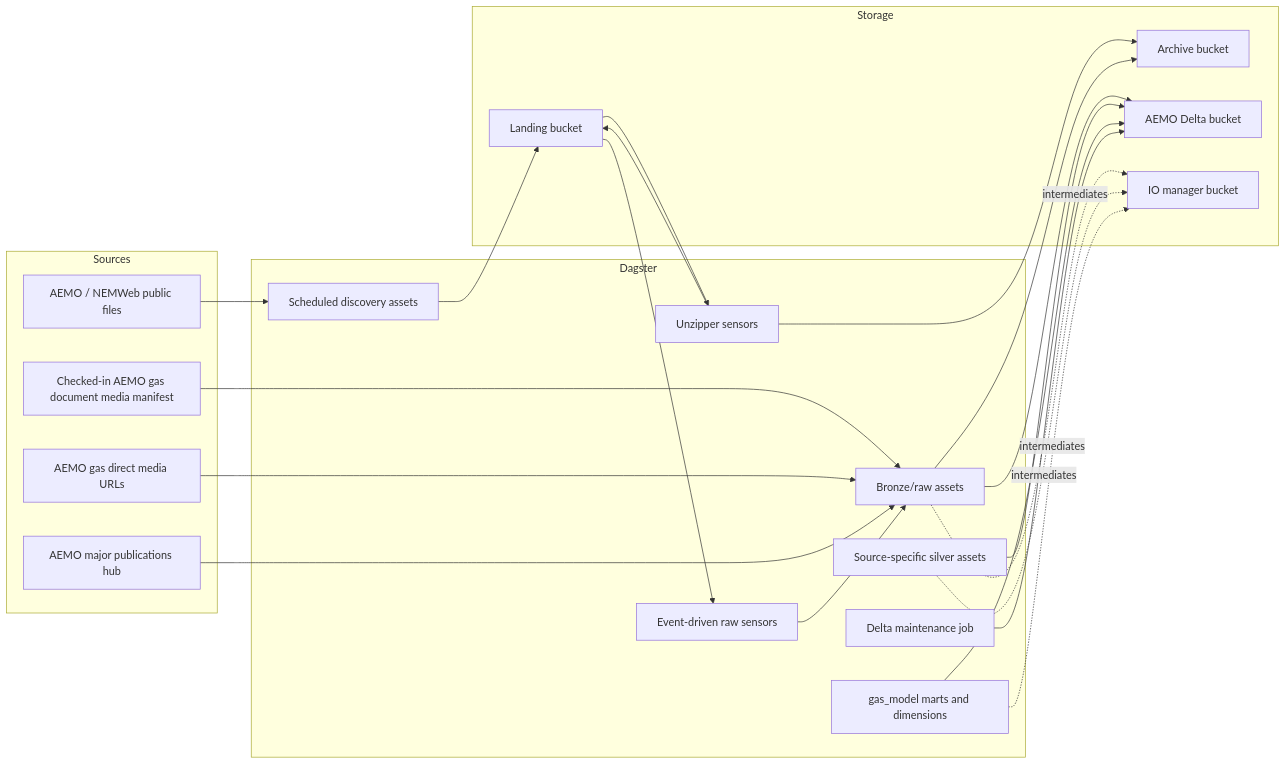
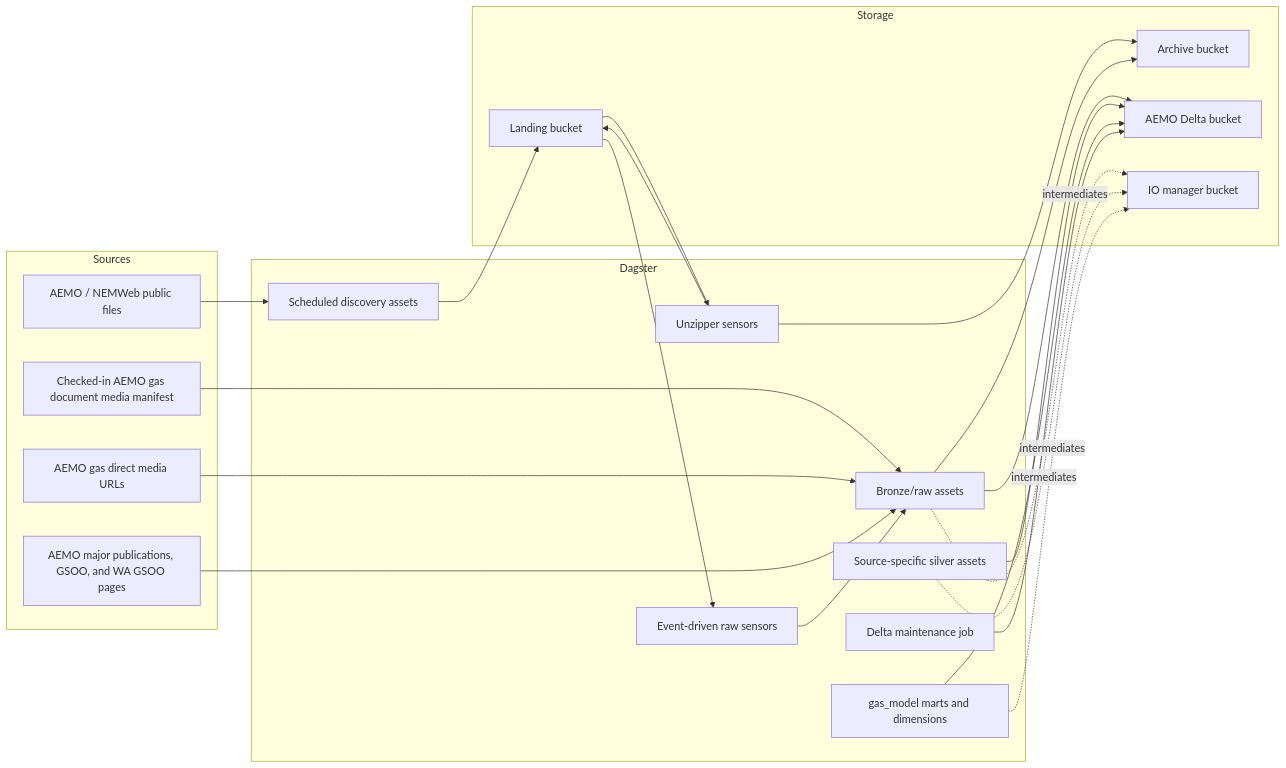
The first of 3 diagrams in backend-services/dagster-user/aemo-etl/README.md (Chr1sC0de/energy-market-delta-lake), drawn with Mermaid before and after one commit. The commit also changed other lines of this file and 9 other files, not shown here.

````diff
--- a/backend-services/dagster-user/aemo-etl/README.md
+++ b/backend-services/dagster-user/aemo-etl/README.md
@@ -57,45 +58,45 @@
 ```mermaid
 flowchart LR
     subgraph Sources
         NEMWeb["AEMO / NEMWeb public files"]
         AEMODocs["Checked-in AEMO gas document media manifest"]
         AEMOMedia["AEMO gas direct media URLs"]
-        MajorPubs["AEMO major publications hub"]
+        MajorPubs["AEMO major publications, GSOO, and WA GSOO pages"]
     end
 
     subgraph Dagster
         Schedules["Scheduled discovery assets"]
         UnzipSensors["Unzipper sensors"]
         RawSensors["Event-driven raw sensors"]
         RawAssets["Bronze/raw assets"]
         SilverAssets["Source-specific silver assets"]
         GasModel["gas_model marts and dimensions"]
         Maintenance["Delta maintenance job"]
     end
 
     subgraph Storage
         Landing["Landing bucket"]
         Archive["Archive bucket"]
         AEMO["AEMO Delta bucket"]
         IOMgr["IO manager bucket"]
     end
 
     NEMWeb --> Schedules
     AEMODocs --> RawAssets
     AEMOMedia --> RawAssets
     MajorPubs --> RawAssets
     Schedules --> Landing
     Landing --> UnzipSensors
     UnzipSensors --> Landing
     UnzipSensors --> Archive
     Landing --> RawSensors
     RawSensors --> RawAssets
     RawAssets --> Archive
     RawAssets --> AEMO
     SilverAssets --> AEMO
     GasModel --> AEMO
     Maintenance --> AEMO
     RawAssets -. intermediates .-> IOMgr
     SilverAssets -. intermediates .-> IOMgr
     GasModel -. intermediates .-> IOMgr
 ```
````
